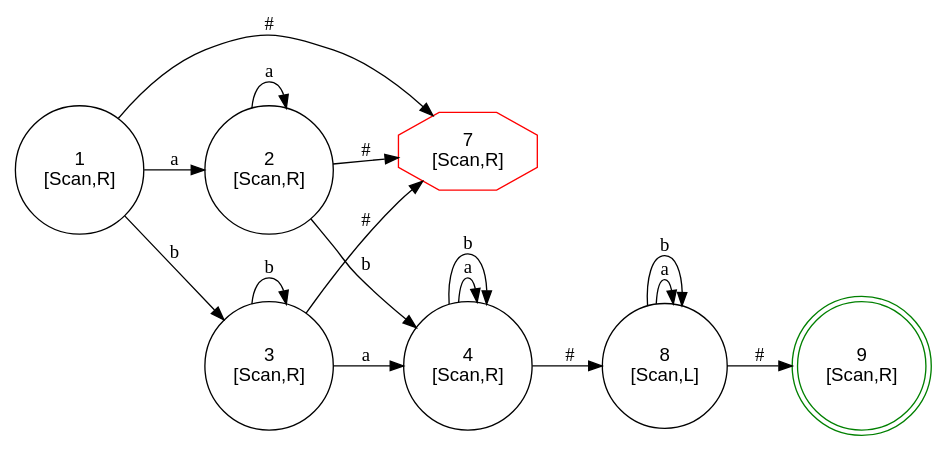
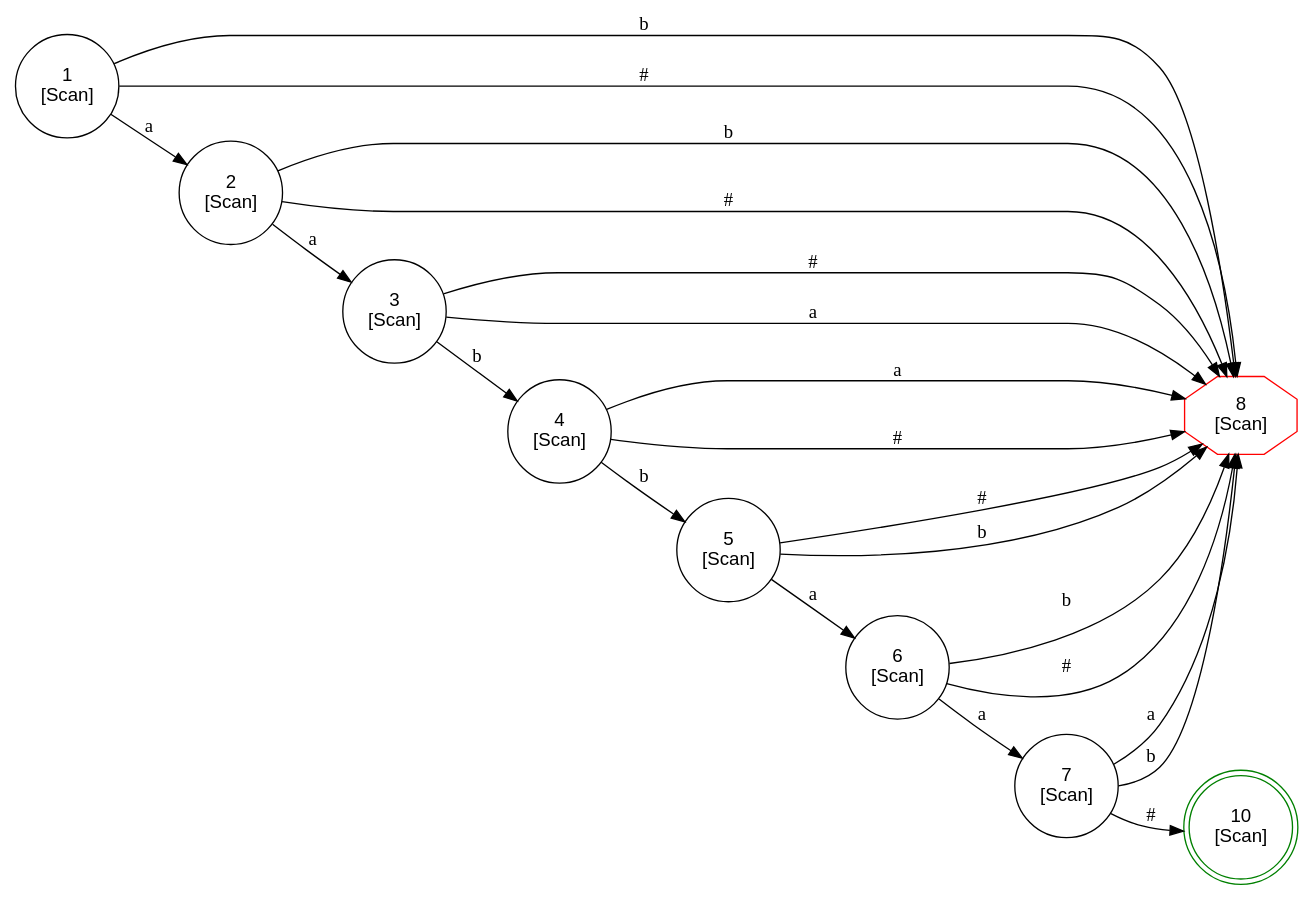
The diagram in dots/tm.dot (kokobabe99/turing_point), drawn with Graphviz before and after one commit. The commit also changed 9 other files, not shown here.

```diff
--- a/dots/tm.dot
+++ b/dots/tm.dot
@@ -1,25 +1,33 @@
 digraph FSM {
   rankdir=LR; node [shape=circle, fontname="Arial"];
-  1 [label="1\n[Scan,R]", shape=circle];
+  1 [label="1\n[Scan]", shape=circle];
   1 -> 2 [label="a"];
-  1 -> 3 [label="b"];
-  1 -> 7 [label="#"];
-  2 [label="2\n[Scan,R]", shape=circle];
-  2 -> 2 [label="a"];
-  2 -> 4 [label="b"];
-  2 -> 7 [label="#"];
-  3 [label="3\n[Scan,R]", shape=circle];
-  3 -> 7 [label="#"];
-  3 -> 4 [label="a"];
-  3 -> 3 [label="b"];
-  4 [label="4\n[Scan,R]", shape=circle];
-  4 -> 4 [label="a"];
-  4 -> 4 [label="b"];
+  1 -> 8 [label="b"];
+  1 -> 8 [label="#"];
+  2 [label="2\n[Scan]", shape=circle];
+  2 -> 3 [label="a"];
+  2 -> 8 [label="b"];
+  2 -> 8 [label="#"];
+  3 [label="3\n[Scan]", shape=circle];
+  3 -> 8 [label="#"];
+  3 -> 4 [label="b"];
+  3 -> 8 [label="a"];
+  4 [label="4\n[Scan]", shape=circle];
+  4 -> 8 [label="a"];
   4 -> 8 [label="#"];
-  7 [label="7\n[Scan,R]", shape=octagon, color="red"];
-  8 [label="8\n[Scan,L]", shape=circle];
-  8 -> 8 [label="a"];
-  8 -> 8 [label="b"];
-  8 -> 9 [label="#"];
-  9 [label="9\n[Scan,R]", shape=doublecircle, color="green"];
+  4 -> 5 [label="b"];
+  5 [label="5\n[Scan]", shape=circle];
+  5 -> 8 [label="#"];
+  5 -> 6 [label="a"];
+  5 -> 8 [label="b"];
+  6 [label="6\n[Scan]", shape=circle];
+  6 -> 8 [label="b"];
+  6 -> 8 [label="#"];
+  6 -> 7 [label="a"];
+  7 [label="7\n[Scan]", shape=circle];
+  7 -> 8 [label="a"];
+  7 -> 8 [label="b"];
+  7 -> 10 [label="#"];
+  8 [label="8\n[Scan]", shape=octagon, color="red"];
+  10 [label="10\n[Scan]", shape=doublecircle, color="green"];
 }
```
